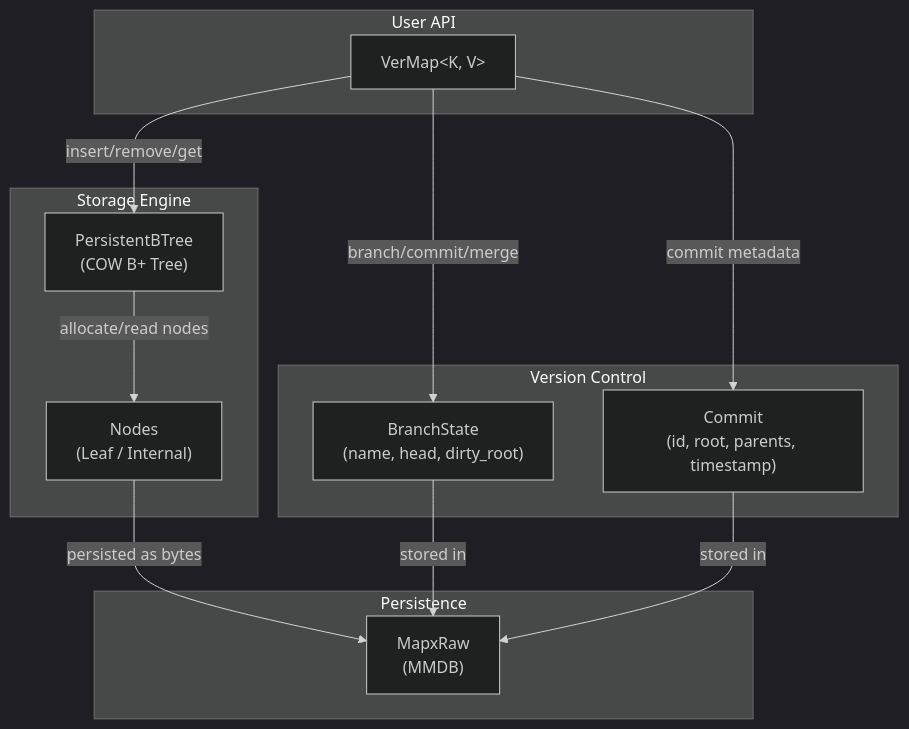
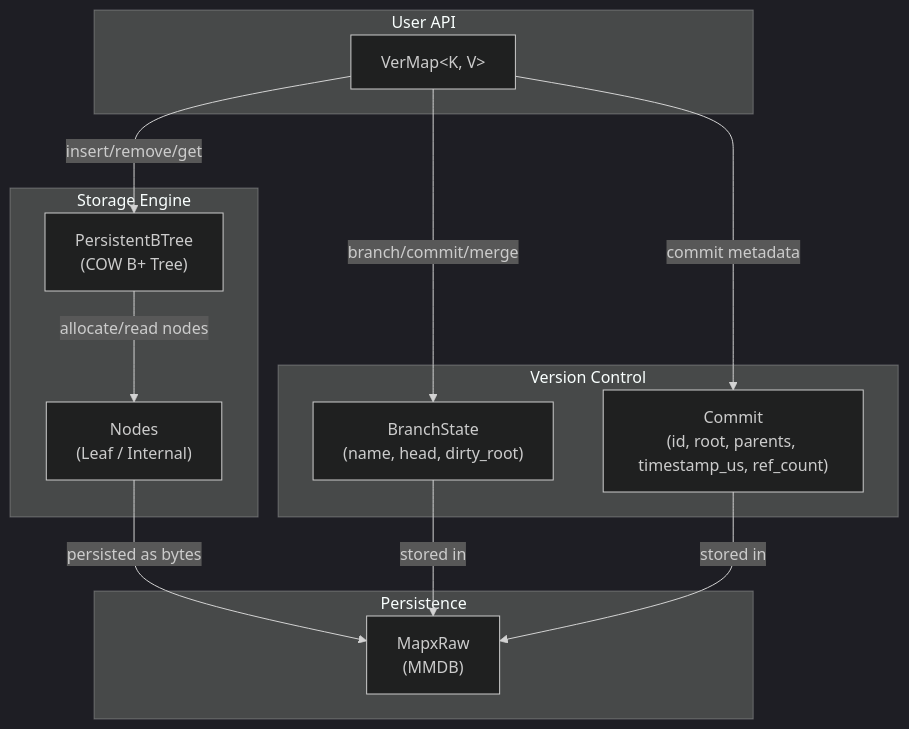
The first of 18 diagrams in strata/docs/versioned.md (rust-util-collections/vsdb), drawn with Mermaid (dark theme) before and after one commit. The commit also changed other lines of this file and 36 other files, not shown here.

````diff
--- a/strata/docs/versioned.md
+++ b/strata/docs/versioned.md
@@ -24,28 +24,28 @@
 ```mermaid
 graph TB
     subgraph "User API"
         VM["VerMap&lt;K, V&gt;"]
     end
 
     subgraph "Version Control"
         BR["BranchState<br/>(name, head, dirty_root)"]
-        CM["Commit<br/>(id, root, parents, timestamp)"]
+        CM["Commit<br/>(id, root, parents, timestamp_us, ref_count)"]
     end
 
     subgraph "Storage Engine"
         BT["PersistentBTree<br/>(COW B+ Tree)"]
         ND["Nodes<br/>(Leaf / Internal)"]
     end
 
     subgraph "Persistence"
         MR["MapxRaw<br/>(MMDB)"]
     end
 
     VM -->|"branch/commit/merge"| BR
     VM -->|"commit metadata"| CM
     VM -->|"insert/remove/get"| BT
     BT -->|"allocate/read nodes"| ND
     ND -->|"persisted as bytes"| MR
     BR -->|"stored in"| MR
     CM -->|"stored in"| MR
 ```
````
